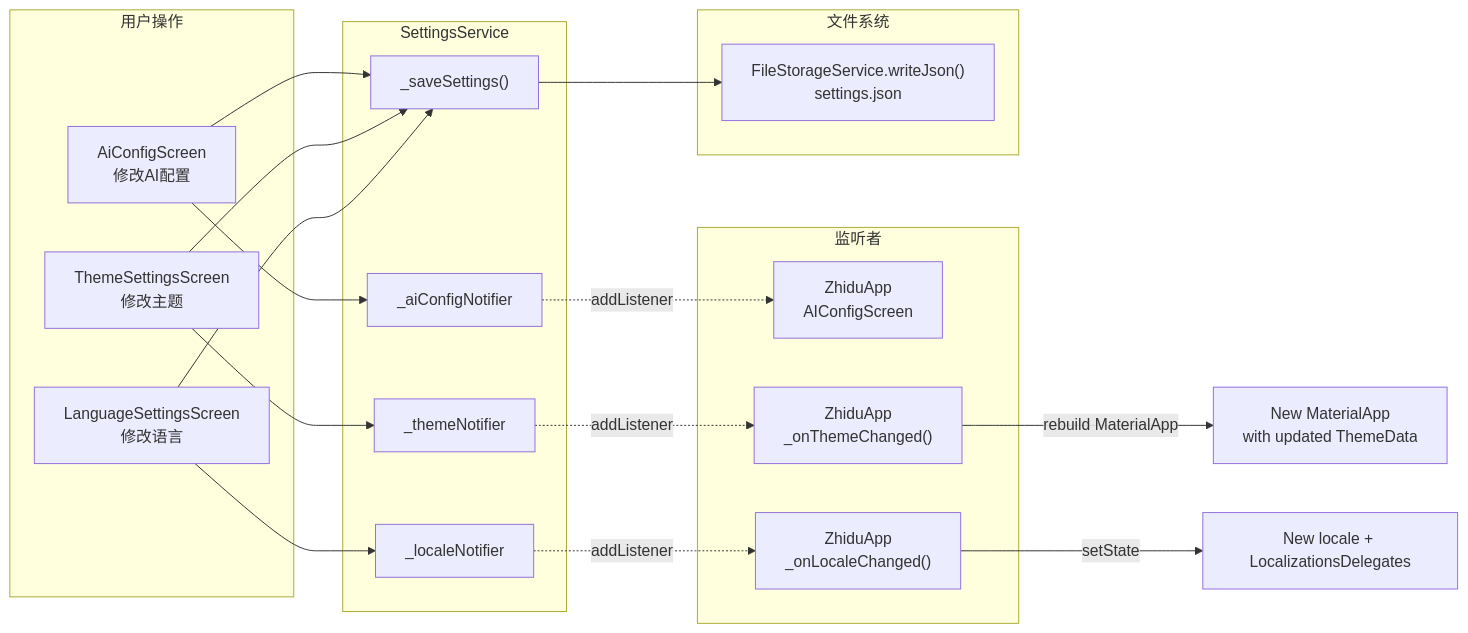
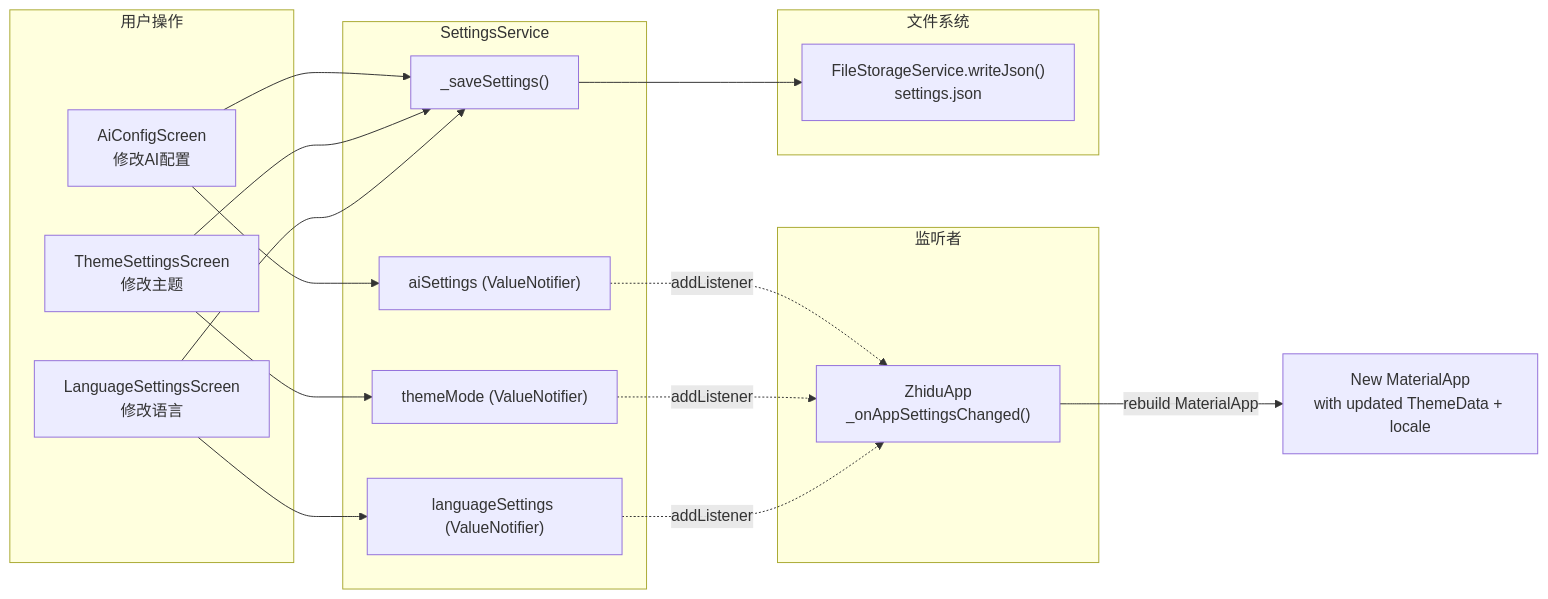
One commit to jjzhang2000/zhidu changed the eighth of 11 diagrams in docs/function_call_relationships_visual.md. Above: the diagram before and after it, drawn with Mermaid. The commit also changed other lines of this file and 43 other files, not shown here.

````diff
--- a/docs/function_call_relationships_visual.md
+++ b/docs/function_call_relationships_visual.md
@@ -410,42 +388,39 @@
 ```mermaid
 flowchart LR
     subgraph 用户操作
         U1["AiConfigScreen<br/>修改AI配置"]
         U2["ThemeSettingsScreen<br/>修改主题"]
         U3["LanguageSettingsScreen<br/>修改语言"]
     end
 
     subgraph SettingsService
         SAVE["_saveSettings()"]
-        AI_NF["_aiConfigNotifier"]
-        T_NF["_themeNotifier"]
-        L_NF["_localeNotifier"]
+        AI_NF["aiSettings (ValueNotifier)"]
+        T_NF["themeMode (ValueNotifier)"]
+        L_NF["languageSettings (ValueNotifier)"]
     end
 
     subgraph 监听者
-        Z_AI["ZhiduApp<br/>AIConfigScreen"]
-        Z_T["ZhiduApp<br/>_onThemeChanged()"]
-        Z_L["ZhiduApp<br/>_onLocaleChanged()"]
+        Z_APP["ZhiduApp<br/>_onAppSettingsChanged()"]
     end
 
     subgraph 文件系统
         FILE["FileStorageService.writeJson()<br/>settings.json"]
     end
 
     U1 --> SAVE
     U2 --> SAVE
     U3 --> SAVE
 
     SAVE --> FILE
 
     U1 --> AI_NF
     U2 --> T_NF
     U3 --> L_NF
 
-    AI_NF -.-> |"addListener"| Z_AI
-    T_NF -.-> |"addListener"| Z_T
-    L_NF -.-> |"addListener"| Z_L
+    AI_NF -.-> |"addListener"| Z_APP
+    T_NF -.-> |"addListener"| Z_APP
+    L_NF -.-> |"addListener"| Z_APP
 
-    Z_T --> |"rebuild MaterialApp"| APP["New MaterialApp<br/>with updated ThemeData"]
-    Z_L --> |"setState"| LOCALE["New locale + LocalizationsDelegates"]
+    Z_APP --> |"rebuild MaterialApp"| APP["New MaterialApp<br/>with updated ThemeData + locale"]
 ```
````
